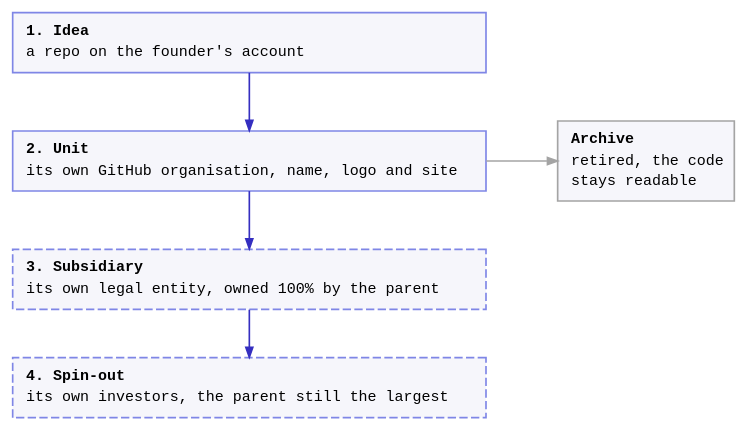
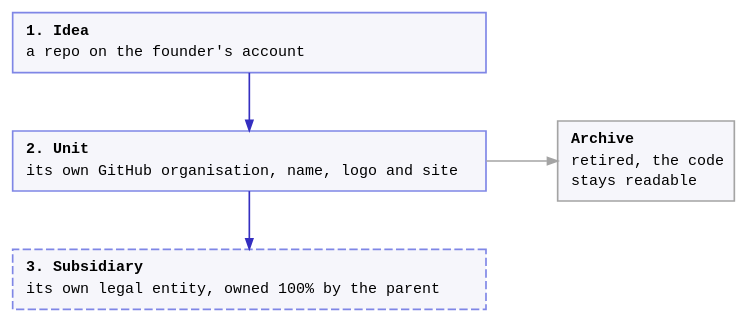
The second of 2 diagrams in about/structure/structure.md (PlanetRenox/planetrenox.com), drawn with Graphviz before and after one commit. The commit also changed other lines of this file and 2 other files, not shown here.

First line of the commit message:
Refactor: Cut the structure page down to the idea, the map and the plan

````diff
--- a/about/structure/structure.md
+++ b/about/structure/structure.md
@@ -163,17 +55,16 @@
 ```dot
 digraph "The life of a unit" {
   bgcolor=transparent; ranksep=0.4; nodesep=0.6
   node [shape=box fontname=Courier fontsize=9 style=filled fillcolor="#f6f6fb" color="#7f86e6" margin="0.1,0.08"]
   edge [arrowsize=0.6 color="#352fc0"]
 
   idea [label=<<TABLE BORDER="0" CELLSPACING="0" CELLPADDING="1" WIDTH="270"><TR><TD ALIGN="LEFT"><B>1. Idea</B></TD></TR><TR><TD ALIGN="LEFT">a repo on the founder's account</TD></TR></TABLE>>]
   unit [label=<<TABLE BORDER="0" CELLSPACING="0" CELLPADDING="1" WIDTH="270"><TR><TD ALIGN="LEFT"><B>2. Unit</B></TD></TR><TR><TD ALIGN="LEFT">its own GitHub organisation, name, logo and site</TD></TR></TABLE>>]
   sub [style="dashed,filled" label=<<TABLE BORDER="0" CELLSPACING="0" CELLPADDING="1" WIDTH="270"><TR><TD ALIGN="LEFT"><B>3. Subsidiary</B></TD></TR><TR><TD ALIGN="LEFT">its own legal entity, owned 100% by the parent</TD></TR></TABLE>>]
-  spin [style="dashed,filled" label=<<TABLE BORDER="0" CELLSPACING="0" CELLPADDING="1" WIDTH="270"><TR><TD ALIGN="LEFT"><B>4. Spin-out</B></TD></TR><TR><TD ALIGN="LEFT">its own investors, the parent still the largest</TD></TR></TABLE>>]
   rest [color="#a4a4a4" label=<<TABLE BORDER="0" CELLSPACING="0" CELLPADDING="1"><TR><TD ALIGN="LEFT"><B>Archive</B></TD></TR><TR><TD ALIGN="LEFT">retired, the code</TD></TR><TR><TD ALIGN="LEFT">stays readable</TD></TR></TABLE>>]
 
-  idea -> unit -> sub -> spin
+  idea -> unit -> sub
   { rank=same; unit; rest }
   unit -> rest [color="#a4a4a4"]
 }
 ```
````
